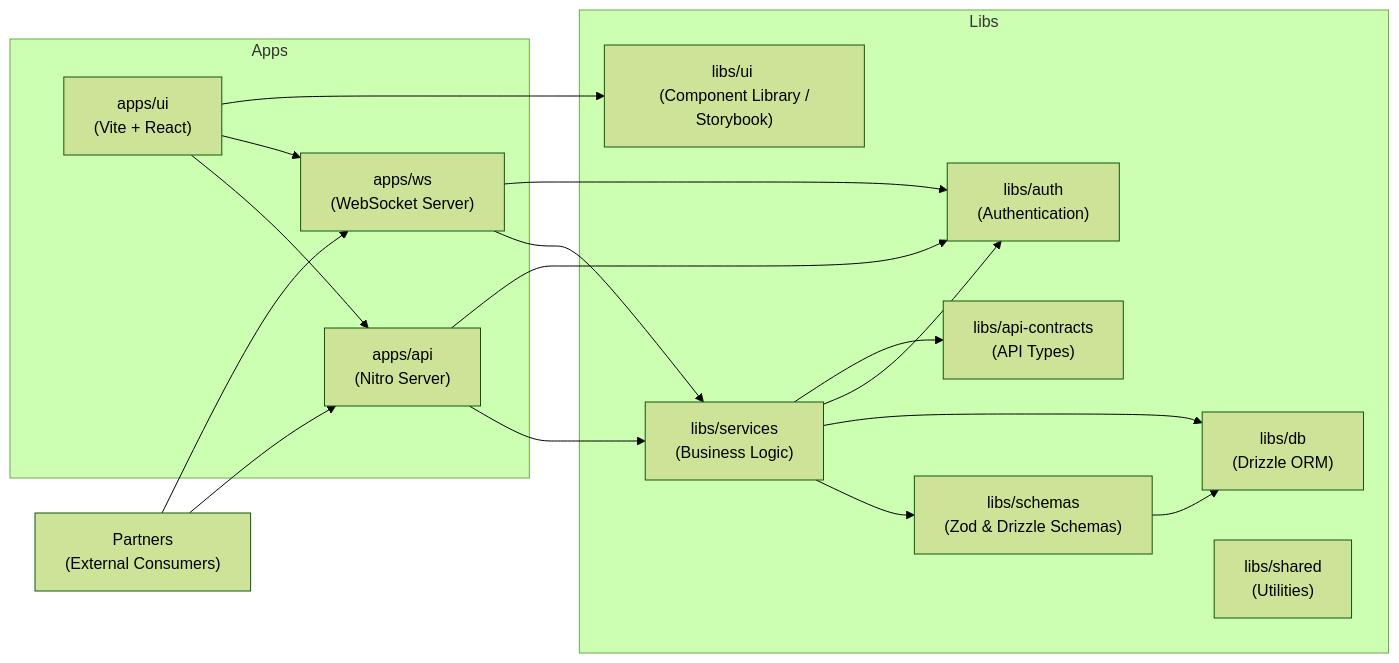
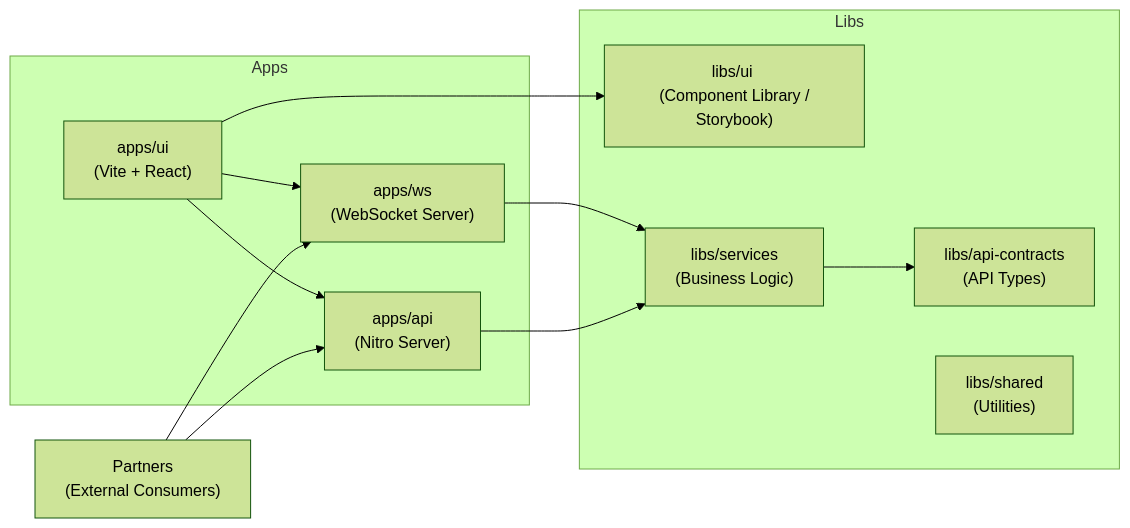
Before and after one commit to abcdmku/agentMonorepo: the diagram in README.md, drawn with Mermaid (forest theme). The commit also changed other lines of this file and 30 other files, not shown here.

````diff
--- a/README.md
+++ b/README.md
@@ -9,41 +9,31 @@
 ```mermaid
 graph LR
     %% Apps
     subgraph Apps
         UI["apps/ui <br/> (Vite + React)"]
         API["apps/api <br/> (Nitro Server)"]
         WS["apps/ws <br/> (WebSocket Server)"]
     end
 
     Partners["Partners <br/> (External Consumers)"] --> API
     Partners --> WS
 
     %% Libs
     subgraph Libs
         UILib["libs/ui <br/> (Component Library / Storybook)"]
         Services["libs/services <br/> (Business Logic)"]
-        Auth["libs/auth <br/> (Authentication)"]
         Contracts["libs/api-contracts <br/> (API Types)"]
-        Schemas["libs/schemas <br/> (Zod & Drizzle Schemas)"]
-        DB["libs/db <br/> (Drizzle ORM)"]
         Shared["libs/shared <br/> (Utilities)"]
     end
 
     %% Dependencies
     UI --> API
     UI --> WS
     UI --> UILib
     API --> Services
-    API --> Auth
     WS --> Services
-    WS --> Auth
     
-    Services --> Schemas
-    Services --> DB
-    Services --> Auth
     Services --> Contracts
-    
-    Schemas --> DB
     
     %% Note: Indirect deps or shared utils might be used widely
 ```
````
